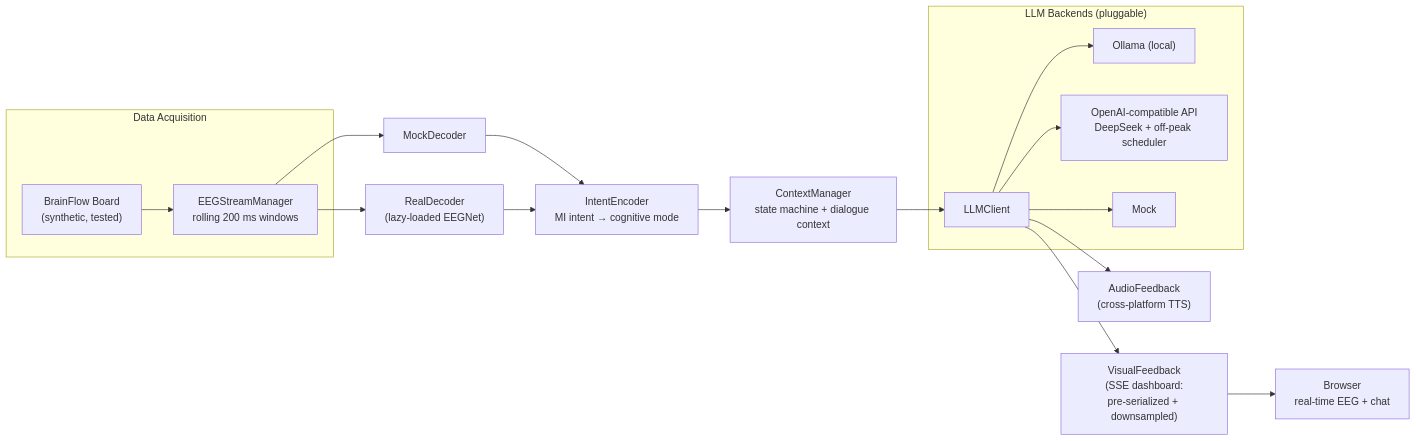
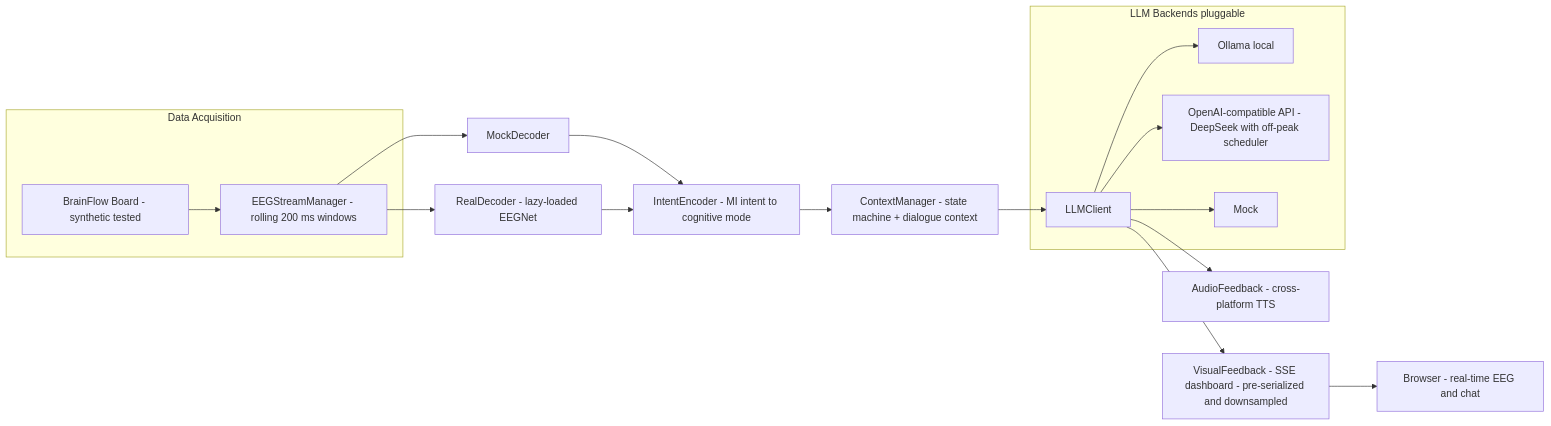
Before and after one commit to Viandanze/BCI-Demo: the diagram in README.md, drawn with Mermaid. The commit also changed other lines of this file, not shown here.

Commit message:
docs: simplify mermaid labels for GitHub rendering, remove emoji and duplicate script entry

````diff
--- a/README.md
+++ b/README.md
@@ -34,20 +34,20 @@
 ```mermaid
 flowchart LR
     subgraph ACQ["Data Acquisition"]
-        BF["BrainFlow Board<br/>(synthetic, tested)"] --> SM["EEGStreamManager<br/>rolling 200 ms windows"]
+        BF["BrainFlow Board - synthetic tested"] --> SM["EEGStreamManager - rolling 200 ms windows"]
     end
     SM --> MD["MockDecoder"]
-    SM --> RD["RealDecoder<br/>(lazy-loaded EEGNet)"]
-    MD --> IE["IntentEncoder<br/>MI intent → cognitive mode"]
+    SM --> RD["RealDecoder - lazy-loaded EEGNet"]
+    MD --> IE["IntentEncoder - MI intent to cognitive mode"]
     RD --> IE
-    IE --> CM["ContextManager<br/>state machine + dialogue context"]
+    IE --> CM["ContextManager - state machine + dialogue context"]
     CM --> LC["LLMClient"]
-    subgraph LLM["LLM Backends (pluggable)"]
-        LC --> OL["Ollama (local)"]
-        LC --> DS["OpenAI-compatible API<br/>DeepSeek + off-peak scheduler"]
+    subgraph LLM["LLM Backends pluggable"]
+        LC --> OL["Ollama local"]
+        LC --> DS["OpenAI-compatible API - DeepSeek with off-peak scheduler"]
         LC --> MK["Mock"]
     end
-    LC --> AF["AudioFeedback<br/>(cross-platform TTS)"]
-    LC --> VF["VisualFeedback<br/>(SSE dashboard:<br/>pre-serialized + downsampled)"]
-    VF --> BR["Browser<br/>real-time EEG + chat"]
+    LC --> AF["AudioFeedback - cross-platform TTS"]
+    LC --> VF["VisualFeedback - SSE dashboard - pre-serialized and downsampled"]
+    VF --> BR["Browser - real-time EEG and chat"]
 ```
````
